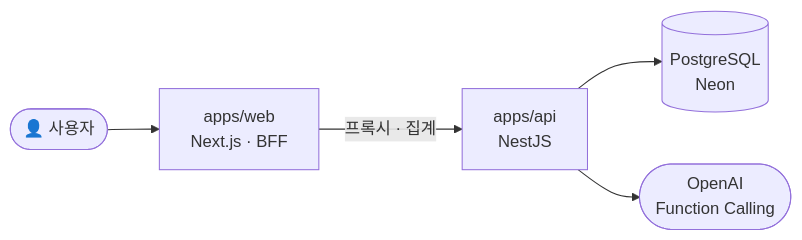
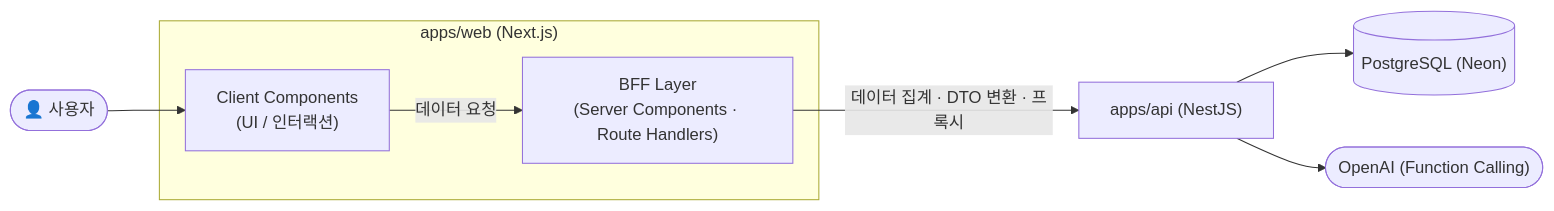
Before and after one commit to smnm1998/fit-fo-yo: the diagram in README.md, drawn with Mermaid.

````diff
--- a/README.md
+++ b/README.md
@@ -50,7 +50,14 @@
 ```mermaid
 flowchart LR
-  U([👤 사용자]) --> Web["apps/web<br/>Next.js · BFF"]
-  Web -->|프록시 · 집계| API["apps/api<br/>NestJS"]
-  API --> DB[("PostgreSQL<br/>Neon")]
-  API --> OA(["OpenAI<br/>Function Calling"])
+    U([👤 사용자]) --> Client
+
+    subgraph Web ["apps/web (Next.js)"]
+        Client["Client Components<br/>(UI / 인터랙션)"]
+        BFF["BFF Layer<br/>(Server Components · Route Handlers)"]
+        Client -->|데이터 요청| BFF
+    end
+
+    BFF -->|데이터 집계 · DTO 변환 · 프록시| API["apps/api (NestJS)"]
+    API --> DB[("PostgreSQL (Neon)")]
+    API --> OA(["OpenAI (Function Calling)"])
 ```
````
